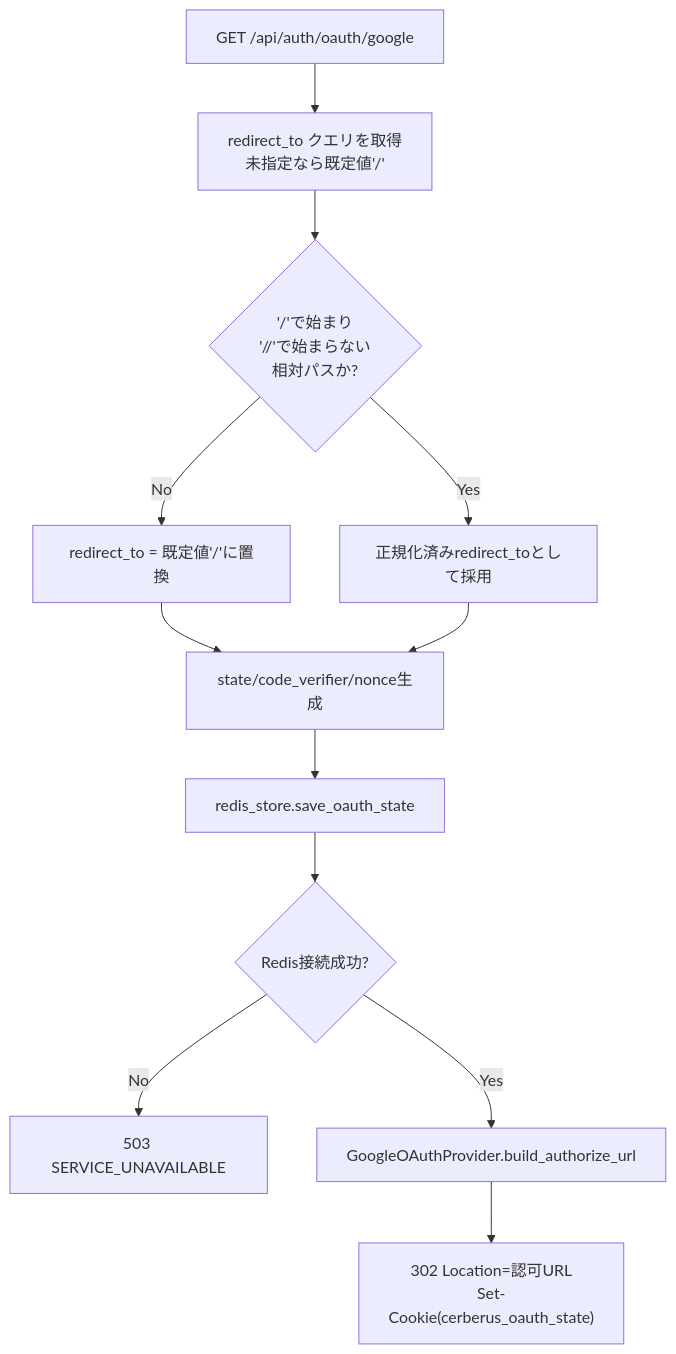
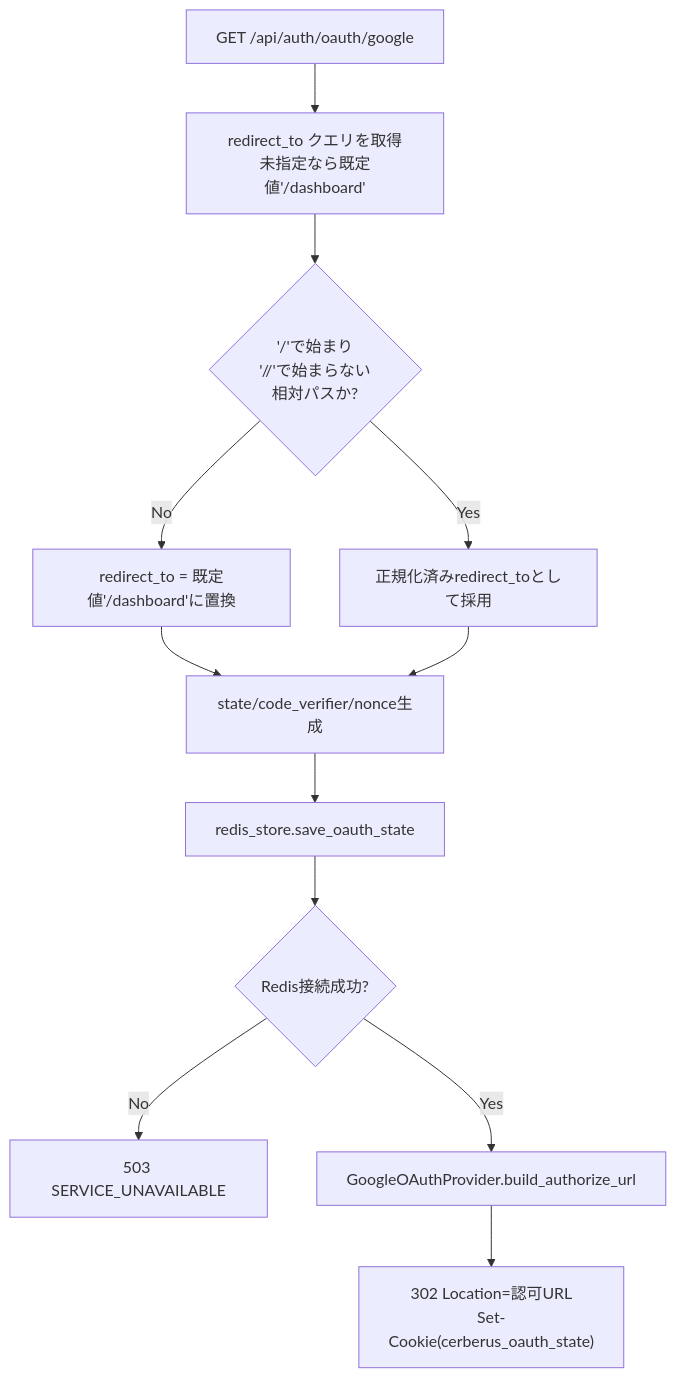
Before and after one commit to oikawa-d/task_management: the second of 4 diagrams in detailed_design/api/auth/11_get_auth_oauth_google.md, drawn with Mermaid. The commit also changed other lines of this file and 14 other files, not shown here.

````diff
--- a/detailed_design/api/auth/11_get_auth_oauth_google.md
+++ b/detailed_design/api/auth/11_get_auth_oauth_google.md
@@ -138,14 +138,14 @@
 ```mermaid
 flowchart TB
-    A["GET /api/auth/oauth/google"] --> B["redirect_to クエリを取得<br/>未指定なら既定値'/'"]
+    A["GET /api/auth/oauth/google"] --> B["redirect_to クエリを取得<br/>未指定なら既定値'/dashboard'"]
     B --> C{"'/'で始まり<br/>'//'で始まらない<br/>相対パスか?"}
-    C -->|No| D["redirect_to = 既定値'/'に置換"]
+    C -->|No| D["redirect_to = 既定値'/dashboard'に置換"]
     C -->|Yes| E["正規化済みredirect_toとして採用"]
     D --> F["state/code_verifier/nonce生成"]
     E --> F
     F --> G["redis_store.save_oauth_state"]
     G --> H{"Redis接続成功?"}
     H -->|No| I["503 SERVICE_UNAVAILABLE"]
     H -->|Yes| J["GoogleOAuthProvider.build_authorize_url"]
     J --> K["302 Location=認可URL<br/>Set-Cookie(cerberus_oauth_state)"]
 ```
````
